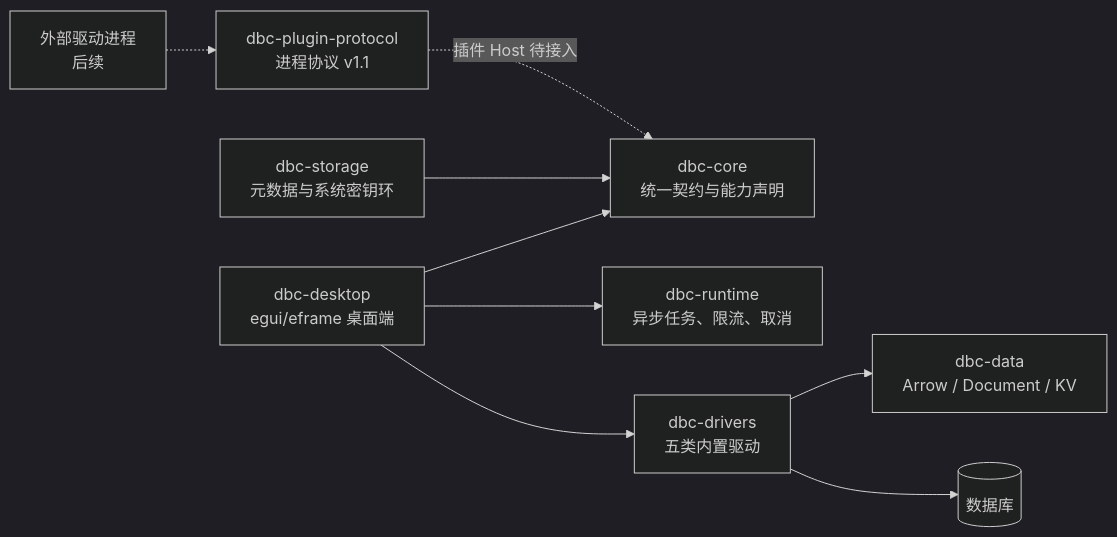
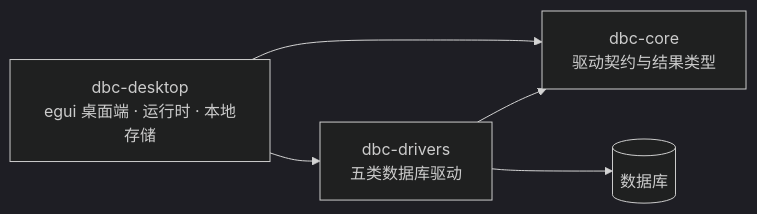
Before and after one commit to zzhtl/dbc: the diagram in README.md, drawn with Mermaid (dark theme). The commit also changed other lines of this file and 77 other files, not shown here.

````diff
--- a/README.md
+++ b/README.md
@@ -54,11 +186,7 @@
 ```mermaid
 flowchart LR
-    UI["dbc-desktop<br/>egui/eframe 桌面端"] --> Core["dbc-core<br/>统一契约与能力声明"]
-    UI --> Runtime["dbc-runtime<br/>异步任务、限流、取消"]
-    UI --> Drivers["dbc-drivers<br/>五类内置驱动"]
-    Drivers --> Data["dbc-data<br/>Arrow / Document / KV"]
+    UI["dbc-desktop<br/>egui 桌面端 · 运行时 · 本地存储"] --> Core["dbc-core<br/>驱动契约与结果类型"]
+    UI --> Drivers["dbc-drivers<br/>五类数据库驱动"]
+    Drivers --> Core
     Drivers --> DB[("数据库")]
-    Storage["dbc-storage<br/>元数据与系统密钥环"] --> Core
-    Protocol["dbc-plugin-protocol<br/>进程协议 v1.1"] -. "插件 Host 待接入" .-> Core
-    External["外部驱动进程<br/>后续"] -.-> Protocol
 ```
````
